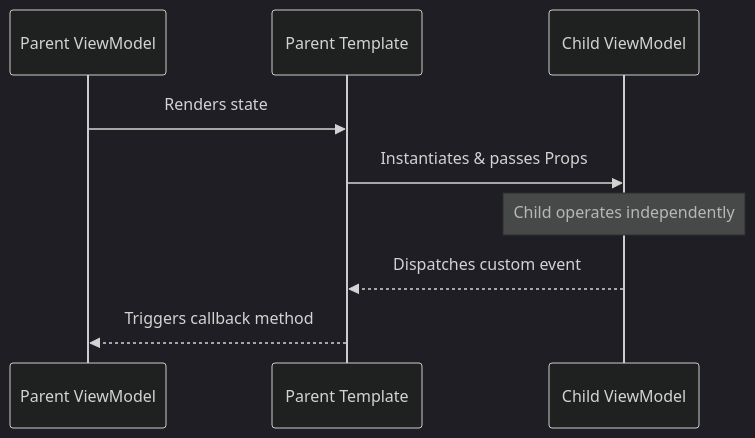
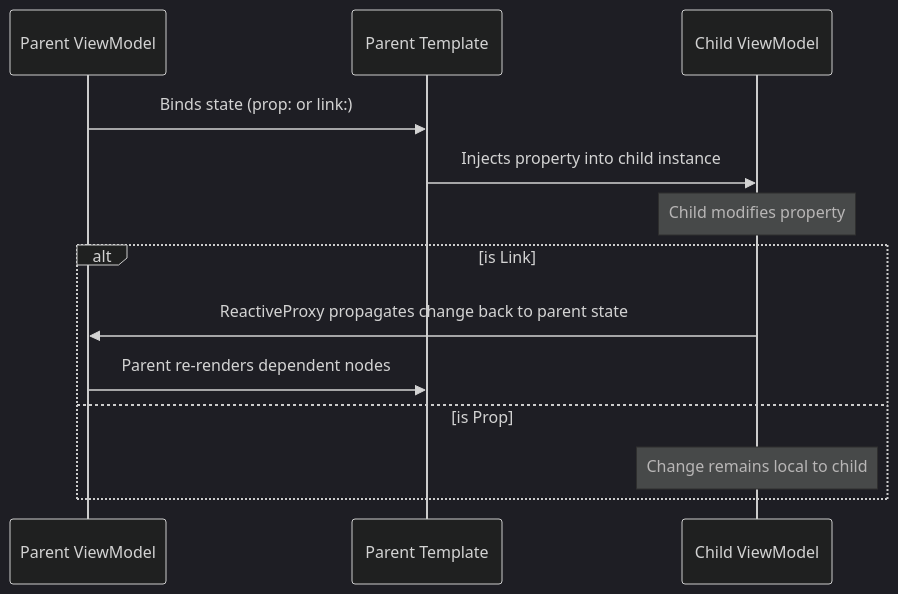
The first of 2 diagrams in docs/core/COMPONENTS_AND_ROUTING.md (uqbar-project/pelelajs), drawn with Mermaid (dark theme) before and after one commit. The commit also changed other lines of this file and 2 other files, not shown here.

````diff
--- a/docs/core/COMPONENTS_AND_ROUTING.md
+++ b/docs/core/COMPONENTS_AND_ROUTING.md
@@ -17,12 +17,18 @@
 ```mermaid
 sequenceDiagram
     participant Parent as Parent ViewModel
     participant View as Parent Template
     participant Child as Child ViewModel
     
-    Parent->>View: Renders state
-    View->>Child: Instantiates & passes Props
-    Note over Child: Child operates independently
-    Child-->>View: Dispatches custom event
-    View-->>Parent: Triggers callback method
+    Parent->>View: Binds state (prop: or link:)
+    View->>Child: Injects property into child instance
+    
+    Note over Child: Child modifies property
+    
+    alt is Link
+        Child->>Parent: ReactiveProxy propagates change back to parent state
+        Parent->>View: Parent re-renders dependent nodes
+    else is Prop
+        Note over Child: Change remains local to child
+    end
 ```
````
